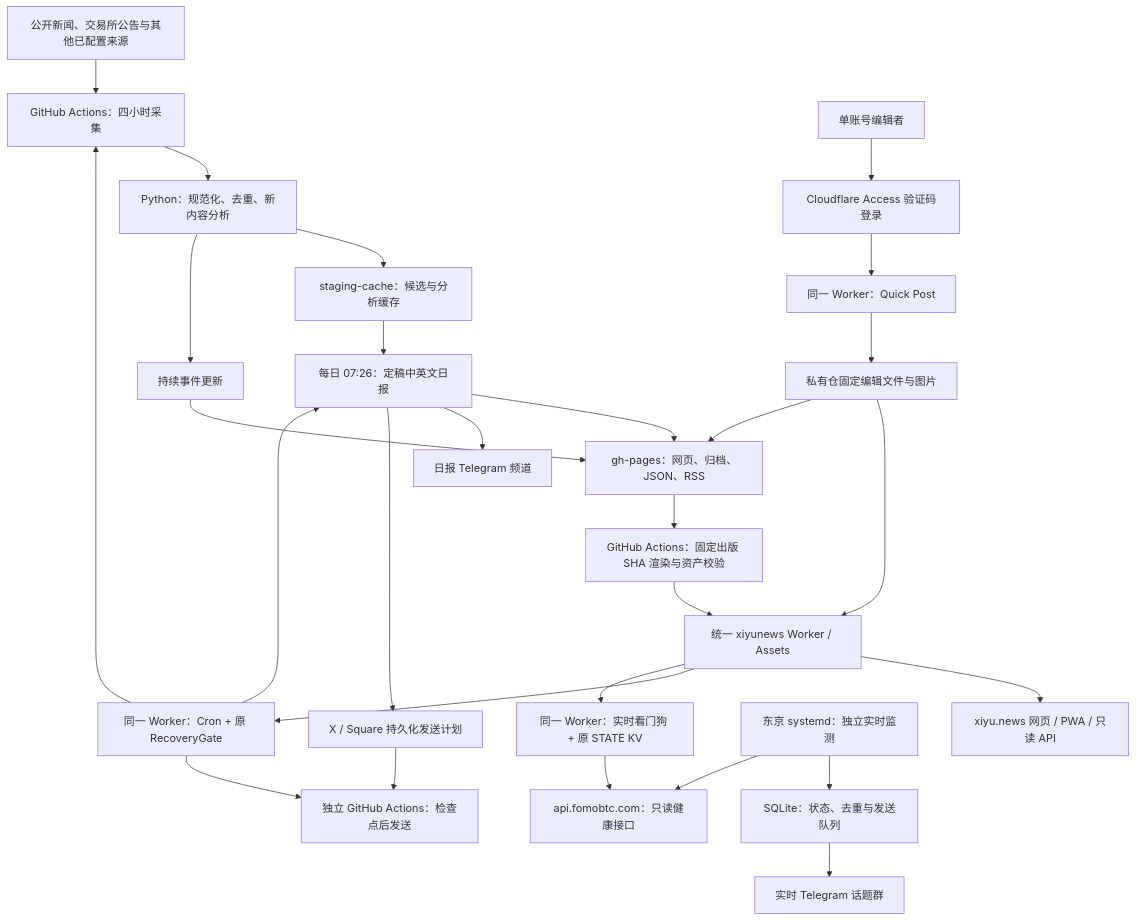
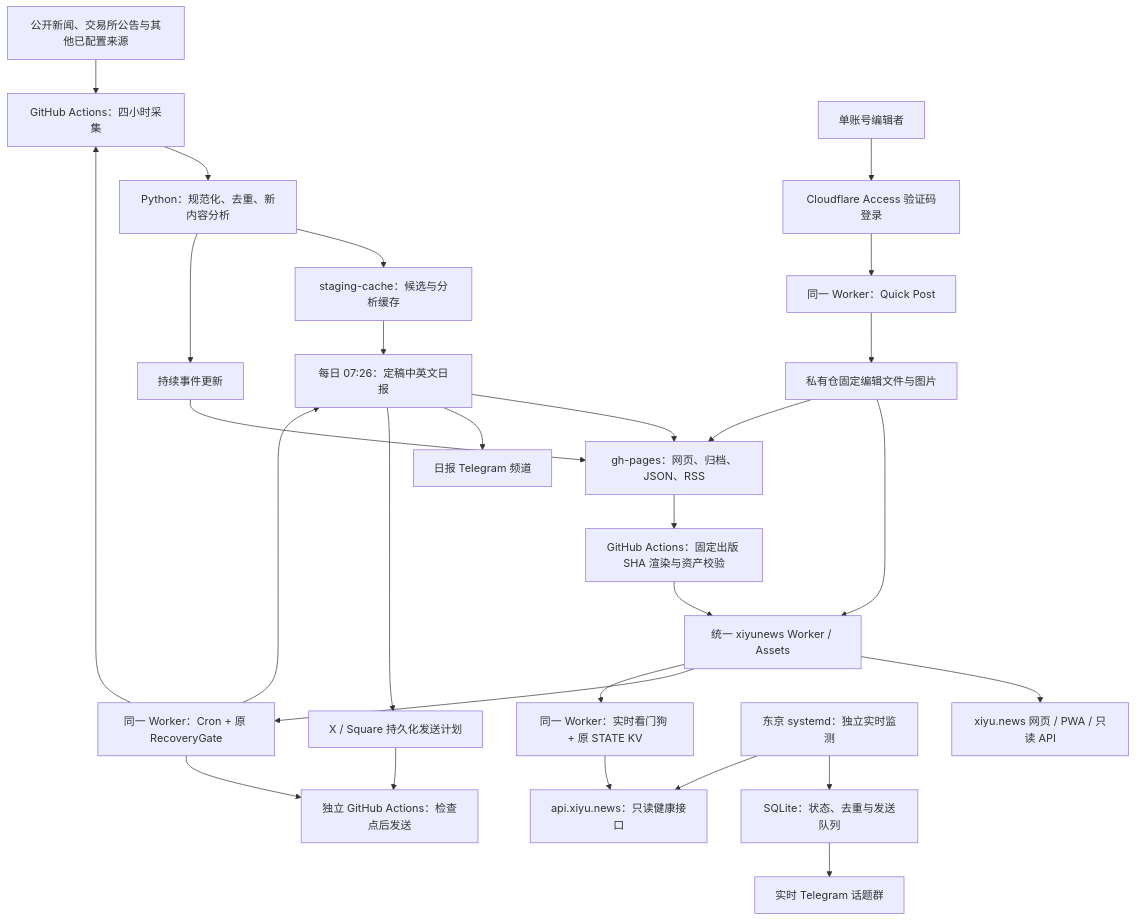
Before and after one commit to ohxiyu/xiyunews: the diagram in project-docs/system-architecture.md, drawn with Mermaid. The commit also changed other lines of this file and 14 other files, not shown here.

Commit message:
fix: migrate realtime API and watchdog to api.xiyu.news

````diff
--- a/project-docs/system-architecture.md
+++ b/project-docs/system-architecture.md
@@ -9,30 +9,30 @@
 ```mermaid
 flowchart TD
     Sources[公开新闻、交易所公告与其他已配置来源] --> Collection[GitHub Actions：四小时采集]
     Collection --> Analysis[Python：规范化、去重、新内容分析]
     Analysis --> Stage[staging-cache：候选与分析缓存]
     Analysis --> Events[持续事件更新]
     Stage --> Edition[每日 07:26：定稿中英文日报]
     Edition --> Published[gh-pages：网页、归档、JSON、RSS]
     Events --> Published
     Published --> Build[GitHub Actions：固定出版 SHA 渲染与资产校验]
     Build --> Edge[统一 xiyunews Worker / Assets]
     Edge --> Readers[xiyu.news 网页 / PWA / 只读 API]
     Edition --> DailyTG[日报 Telegram 频道]
     Edition --> Plans[X / Square 持久化发送计划]
     Plans --> Delivery[独立 GitHub Actions：检查点后发送]
     Edge --> Clock[同一 Worker：Cron + 原 RecoveryGate]
     Clock --> Collection
     Clock --> Edition
     Clock --> Delivery
     Owner[单账号编辑者] --> Access[Cloudflare Access 验证码登录]
     Access --> QuickPost[同一 Worker：Quick Post]
     QuickPost --> Editorial[私有仓固定编辑文件与图片]
     Editorial --> Edge
     Editorial --> Published
     Realtime[东京 systemd：独立实时监测] --> SQLite[SQLite：状态、去重与发送队列]
     SQLite --> TopicTG[实时 Telegram 话题群]
-    Realtime --> ReadAPI[api.fomobtc.com：只读健康接口]
+    Realtime --> ReadAPI[api.xiyu.news：只读健康接口]
     Edge --> Watchdog[同一 Worker：实时看门狗 + 原 STATE KV]
     Watchdog --> ReadAPI
 ```
````
